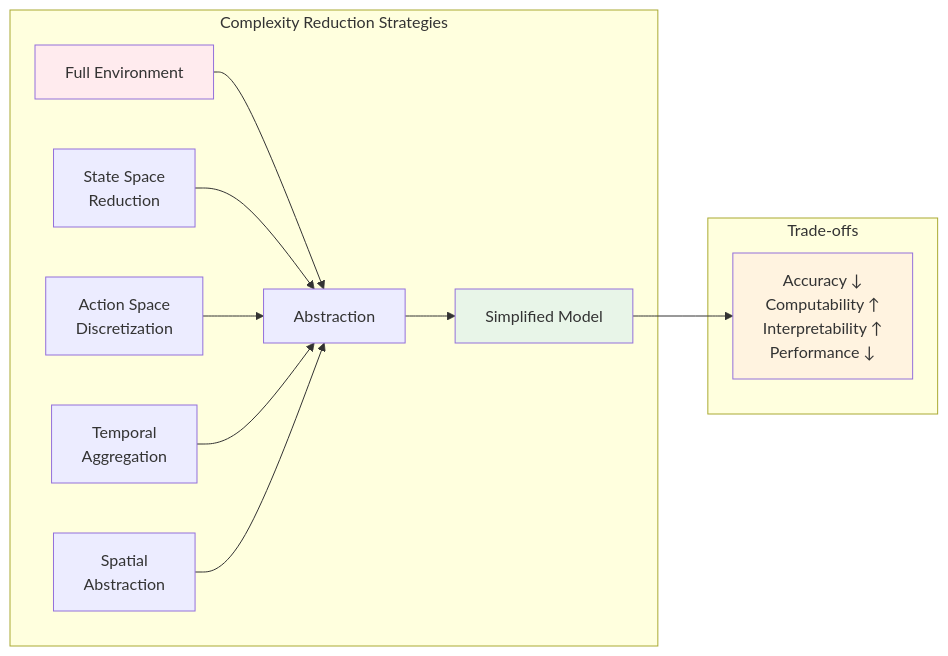
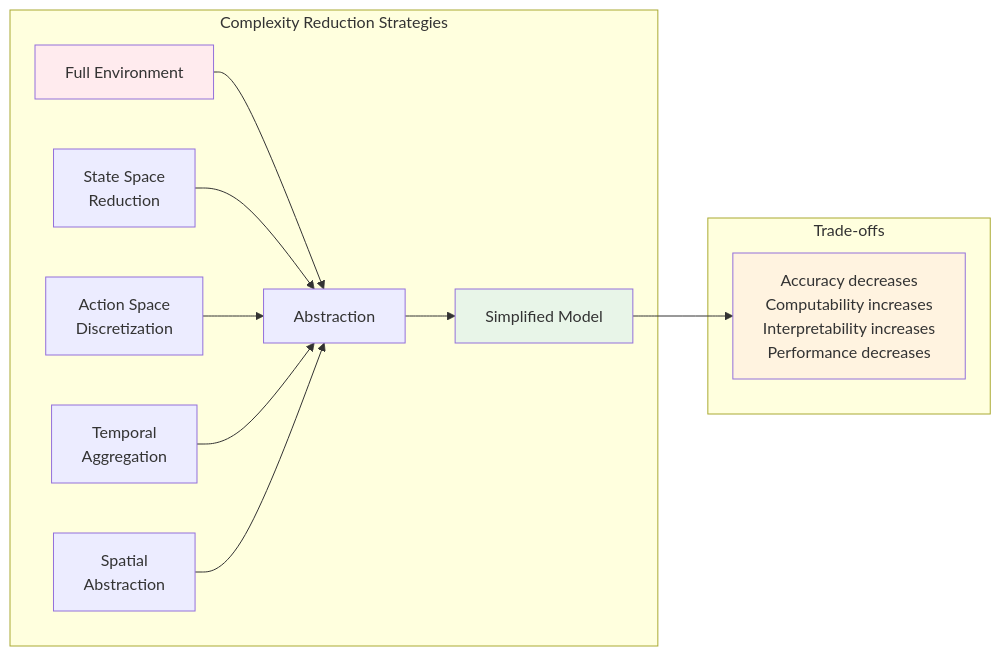
Before and after one commit to abstracted-m7/Data-Science: diagram 13 of 16 in Hand-Notes/Theory-AI-Basics/Environments/README.md, drawn with Mermaid. The commit also changed other lines of this file, not shown here.

````diff
--- a/Hand-Notes/Theory-AI-Basics/Environments/README.md
+++ b/Hand-Notes/Theory-AI-Basics/Environments/README.md
@@ -554,22 +554,22 @@
 ```mermaid
 graph LR
     subgraph "Complexity Reduction Strategies"
         A[Full Environment] --> B[Abstraction]
         B --> C[Simplified Model]
         
         D[State Space<br/>Reduction] --> B
         E[Action Space<br/>Discretization] --> B
         F[Temporal<br/>Aggregation] --> B
         G[Spatial<br/>Abstraction] --> B
     end
     
     subgraph "Trade-offs"
-        H[Accuracy ↓<br/>Computability ↑<br/>Interpretability ↑<br/>Performance ↓]
+        H[Accuracy decreases<br/>Computability increases<br/>Interpretability increases<br/>Performance decreases]
     end
     
     C --> H
     
     style A fill:#ffebee
     style C fill:#e8f5e8
     style H fill:#fff3e0
 ```
````
